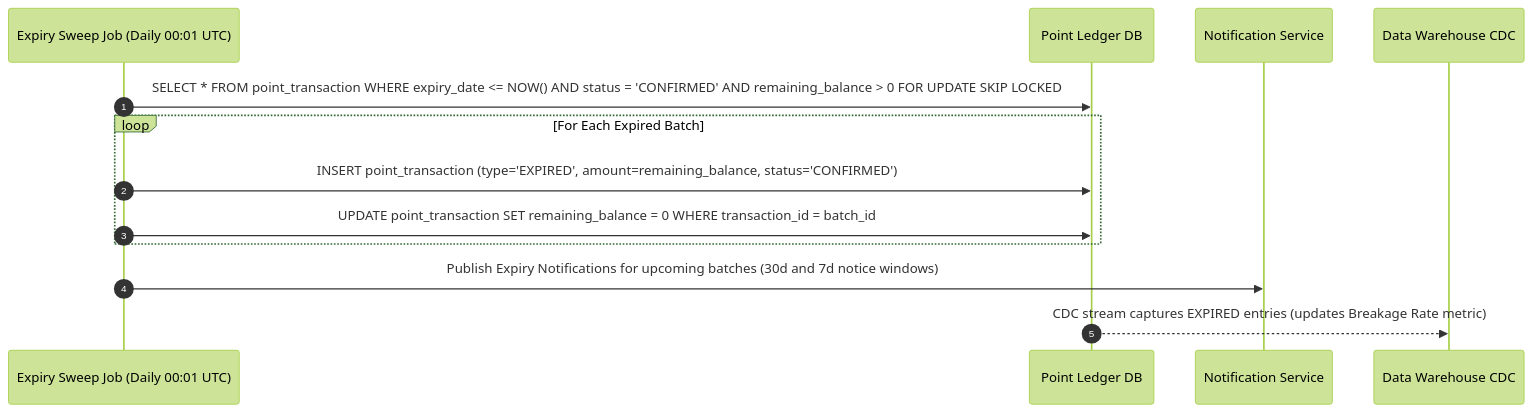
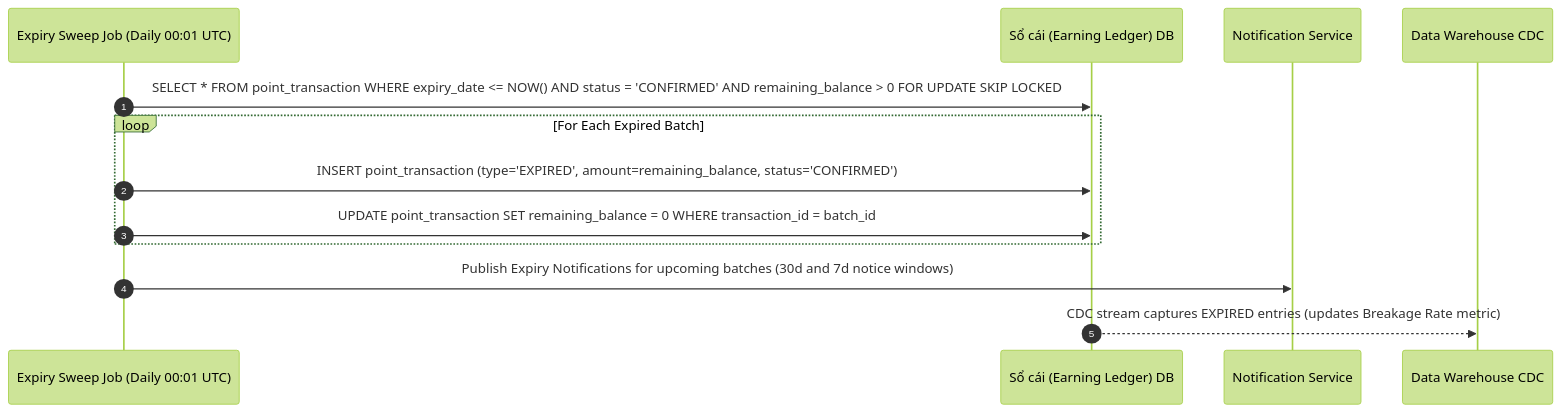
Before and after one commit to quangvtuet/loyalty_system_docs: the fourth of 4 diagrams in design/DD-01-earning-engine.md, drawn with Mermaid (forest theme). The commit also changed other lines of this file and 18 other files, not shown here.

````diff
--- a/design/DD-01-earning-engine.md
+++ b/design/DD-01-earning-engine.md
@@ -137,16 +139,16 @@
 ```mermaid
 sequenceDiagram
     autonumber
     participant Cron as Expiry Sweep Job (Daily 00:01 UTC)
-    participant Ledger as Point Ledger DB
+    participant Ledger as Sổ cái (Earning Ledger) DB
     participant Notif as Notification Service
     participant DW as Data Warehouse CDC
 
     Cron->>Ledger: SELECT * FROM point_transaction WHERE expiry_date <= NOW() AND status = 'CONFIRMED' AND remaining_balance > 0 FOR UPDATE SKIP LOCKED
     loop For Each Expired Batch
         Cron->>Ledger: INSERT point_transaction (type='EXPIRED', amount=remaining_balance, status='CONFIRMED')
         Cron->>Ledger: UPDATE point_transaction SET remaining_balance = 0 WHERE transaction_id = batch_id
     end
     Cron->>Notif: Publish Expiry Notifications for upcoming batches (30d and 7d notice windows)
     Ledger-->>DW: CDC stream captures EXPIRED entries (updates Breakage Rate metric)
 ```
````
